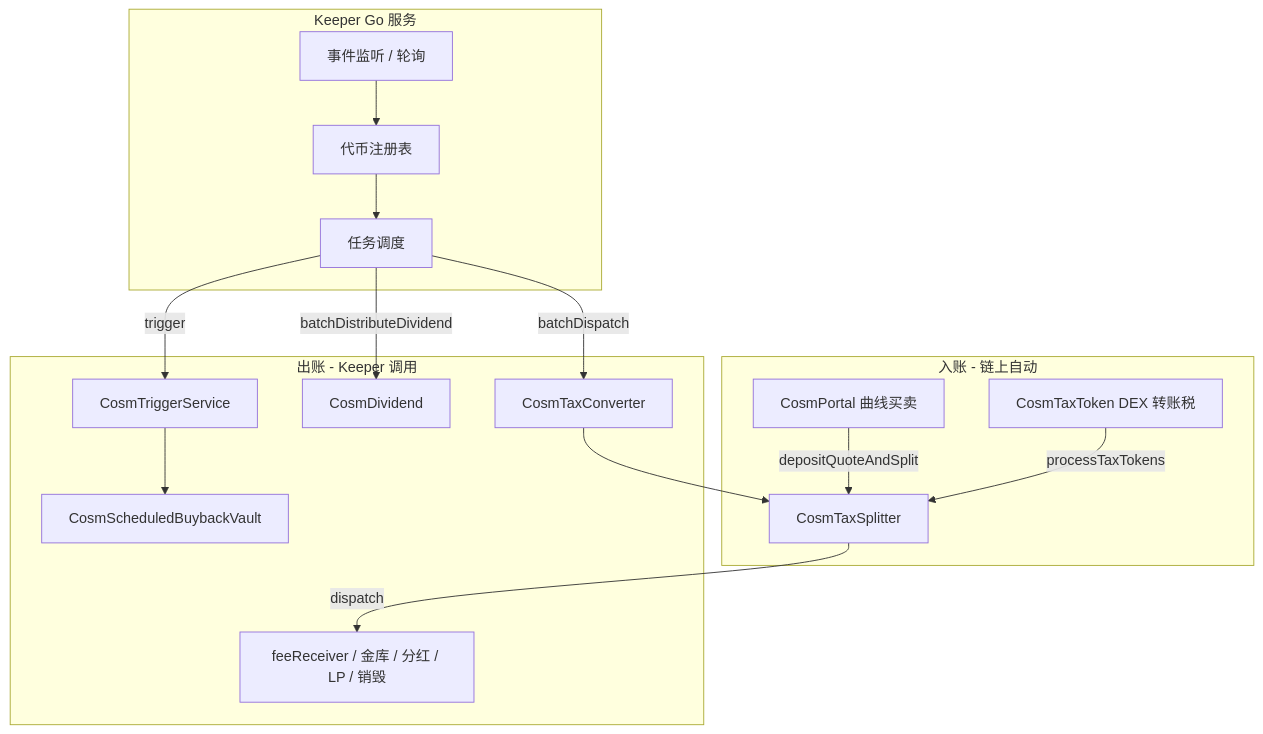
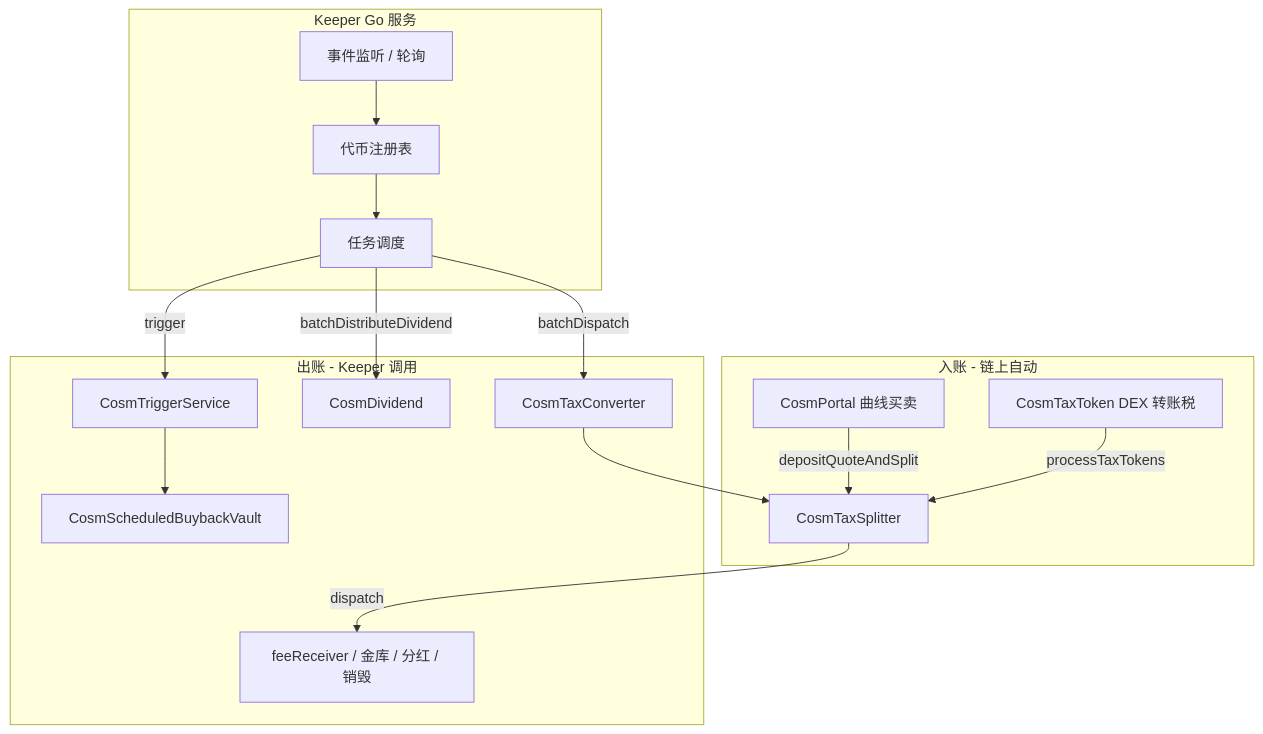
The first of 2 diagrams in cosm/keeper.md (ExileHaley/funs), drawn with Mermaid before and after one commit. The commit also changed other lines of this file, not shown here.

````diff
--- a/cosm/keeper.md
+++ b/cosm/keeper.md
@@ -27,27 +27,27 @@
 ```mermaid
 flowchart TB
     subgraph ingest [入账 - 链上自动]
         Portal[CosmPortal 曲线买卖]
         TaxToken[CosmTaxToken DEX 转账税]
         Portal -->|depositQuoteAndSplit| TS[CosmTaxSplitter]
         TaxToken -->|processTaxTokens| TS
     end
 
     subgraph keeper [Keeper Go 服务]
         Registry[代币注册表]
         Watcher[事件监听 / 轮询]
         Scheduler[任务调度]
         Registry --> Scheduler
         Watcher --> Registry
     end
 
     subgraph exec [出账 - Keeper 调用]
         Converter[CosmTaxConverter]
-        TS -->|dispatch| Payout[feeReceiver / 金库 / 分红 / LP / 销毁]
+        TS -->|dispatch| Payout[feeReceiver / 金库 / 分红 / 销毁]
         Scheduler -->|batchDispatch| Converter
         Converter --> TS
         Scheduler -->|batchDistributeDividend| Div[CosmDividend]
         Scheduler -->|trigger| Trigger[CosmTriggerService]
         Trigger --> BuybackVault[CosmScheduledBuybackVault]
     end
 ```
````
